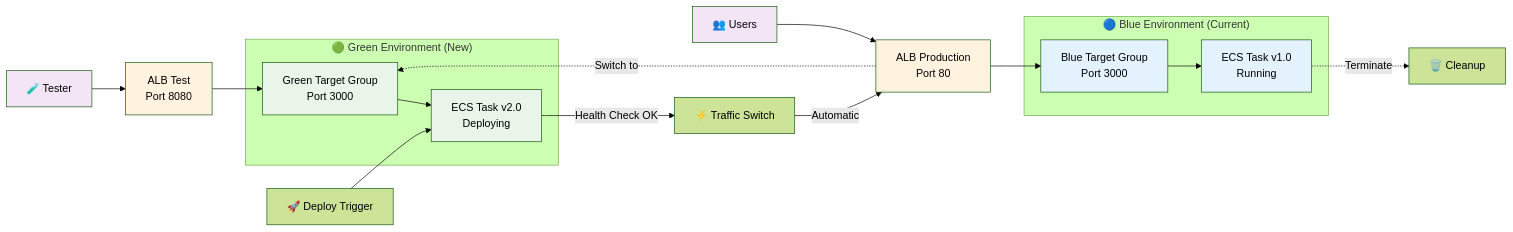
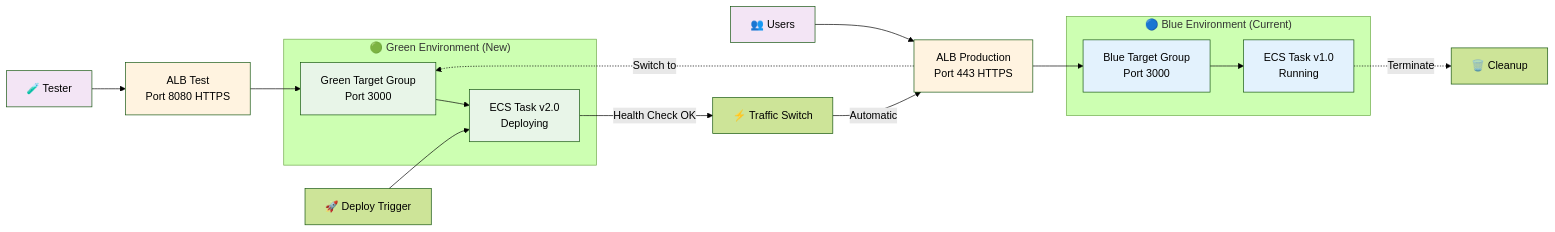
Before and after one commit to kmryst/terraform-hannibal: the diagram in docs/architecture/aws/mermaid/blue-green-deployment.md, drawn with Mermaid (forest theme). The commit also changed other lines of this file and 20 other files, not shown here.

````diff
--- a/docs/architecture/aws/mermaid/blue-green-deployment.md
+++ b/docs/architecture/aws/mermaid/blue-green-deployment.md
@@ -5,50 +5,50 @@
 ```mermaid
 graph LR
     %% Current State
     subgraph "🔵 Blue Environment (Current)"
         Blue_TG[Blue Target Group<br/>Port 3000]
         Blue_Task[ECS Task v1.0<br/>Running]
     end
     
     %% New Deployment
     subgraph "🟢 Green Environment (New)"
         Green_TG[Green Target Group<br/>Port 3000]
         Green_Task[ECS Task v2.0<br/>Deploying]
     end
     
     %% Load Balancer
-    ALB_Prod[ALB Production<br/>Port 80]
-    ALB_Test[ALB Test<br/>Port 8080]
+    ALB_Prod[ALB Production<br/>Port 443 HTTPS]
+    ALB_Test[ALB Test<br/>Port 8080 HTTPS]
     
     %% Traffic Flow
     Users[👥 Users]
     Tester[🧪 Tester]
     
     %% Current Traffic
     Users --> ALB_Prod
     ALB_Prod --> Blue_TG
     Blue_TG --> Blue_Task
     
     %% Test Traffic
     Tester --> ALB_Test
     ALB_Test --> Green_TG
     Green_TG --> Green_Task
     
     %% Deployment Process
     Deploy[🚀 Deploy Trigger] --> Green_Task
     Green_Task --> |Health Check OK| Switch[⚡ Traffic Switch]
     Switch --> |Automatic| ALB_Prod
     ALB_Prod -.-> |Switch to| Green_TG
     Blue_Task -.-> |Terminate| Cleanup[🗑️ Cleanup]
     
     %% Styling
     classDef blue fill:#e3f2fd
     classDef green fill:#e8f5e8
     classDef alb fill:#fff3e0
     classDef user fill:#f3e5f5
     
     class Blue_TG,Blue_Task blue
     class Green_TG,Green_Task green
     class ALB_Prod,ALB_Test alb
     class Users,Tester user
 ```
````
